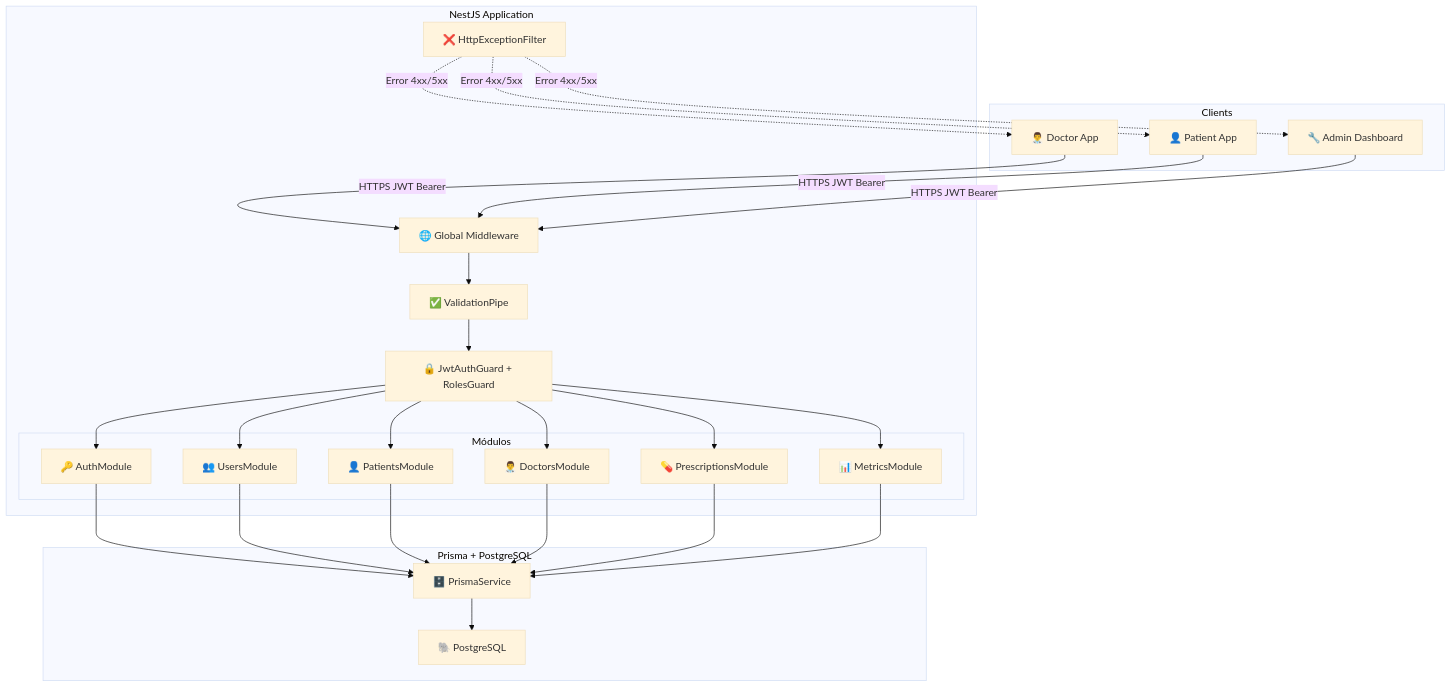
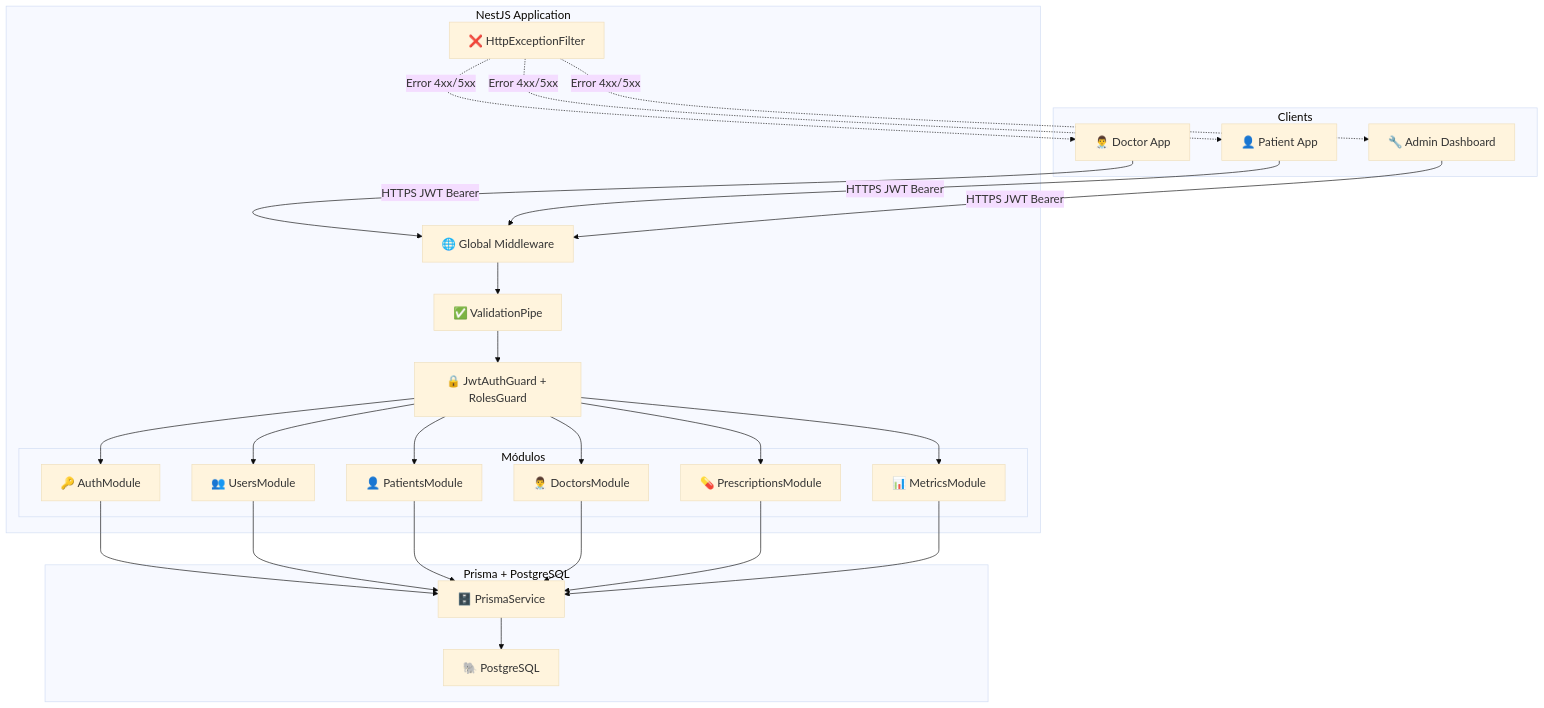
One commit to CristianMz21/prescriptions-app-backend changed the diagram in docs/diagrams/01-arquitectura.mmd. Above: the diagram before and after it, drawn with Mermaid. The commit also changed 35 other files, not shown here.

First line of the commit message:
docs: add Spanish documentation with high-res diagrams

```diff
--- a/docs/diagrams/01-arquitectura.mmd
+++ b/docs/diagrams/01-arquitectura.mmd
@@ -1,58 +1,58 @@
-%%{init: {"theme": "base", "themeVariables": {"fontSize": "16px"}}}%%
+%%{init: {"theme": "base", "themeVariables": {"fontSize": "18px"}}}%%
 graph TD
     subgraph Clients
         A["👨‍⚕️ Doctor App"]
         B["👤 Patient App"]
         C["🔧 Admin Dashboard"]
     end
 
     subgraph NestJS["NestJS Application"]
         D["🌐 Global Middleware"]
         E["🔒 JwtAuthGuard + RolesGuard"]
         F["✅ ValidationPipe"]
         G["❌ HttpExceptionFilter"]
 
         subgraph Modules["Módulos"]
             H["🔑 AuthModule"]
             I["👥 UsersModule"]
             J["👤 PatientsModule"]
             K["👨‍⚕️ DoctorsModule"]
             L["💊 PrescriptionsModule"]
             M["📊 MetricsModule"]
         end
     end
 
     subgraph Prisma["Prisma + PostgreSQL"]
         N["🗄️ PrismaService"]
         O["🐘 PostgreSQL"]
     end
 
     A -->|"HTTPS JWT Bearer"| D
     B -->|"HTTPS JWT Bearer"| D
     C -->|"HTTPS JWT Bearer"| D
 
     D --> F
     F --> E
     E --> H
     E --> I
     E --> J
     E --> K
     E --> L
     E --> M
 
     H --> N
     I --> N
     J --> N
     K --> N
     L --> N
     M --> N
     N --> O
 
     G -.->|"Error 4xx/5xx"| A
     G -.->|"Error 4xx/5xx"| B
     G -.->|"Error 4xx/5xx"| C
 
     class D,G fill:#2d2d2d,stroke:#ff6b6b,color:#fff
     class E,F fill:#2d2d2d,stroke:#ffd93d,color:#fff
     class H,I,J,K,L,M fill:#2d2d2d,stroke:#6bcb77,color:#fff
     class N,O fill:#2d2d2d,stroke:#4d96ff,color:#fff
```
